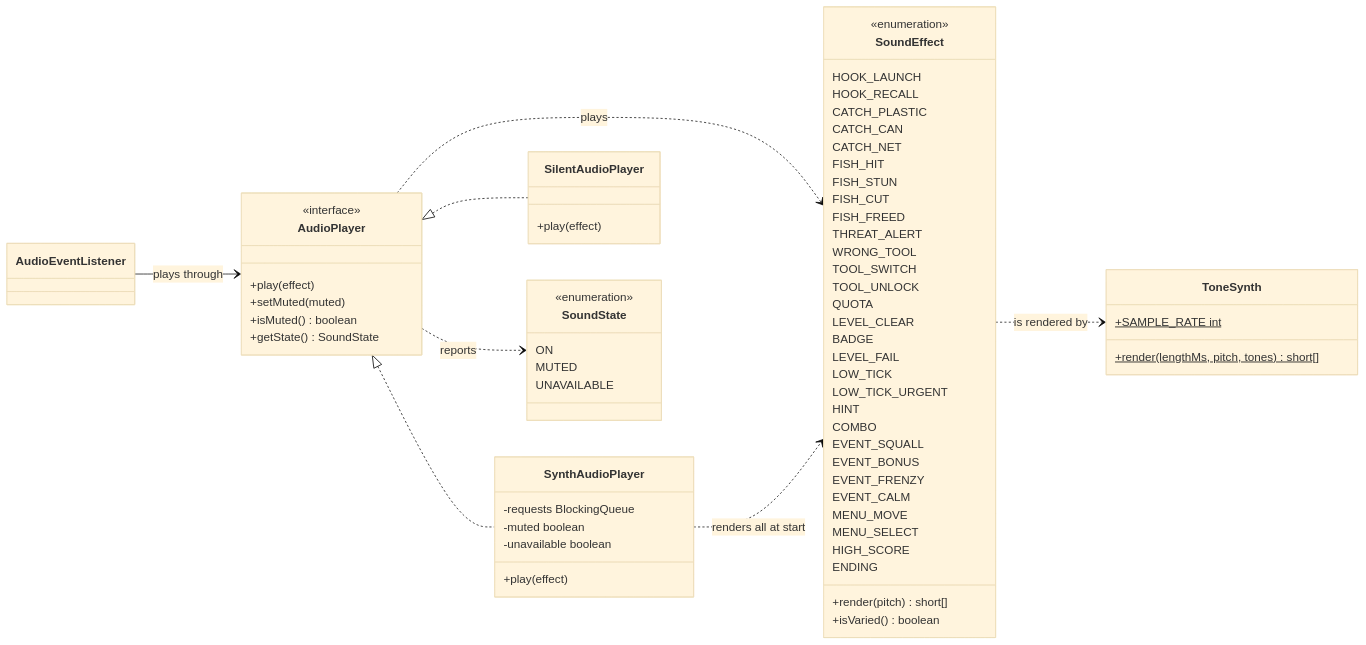
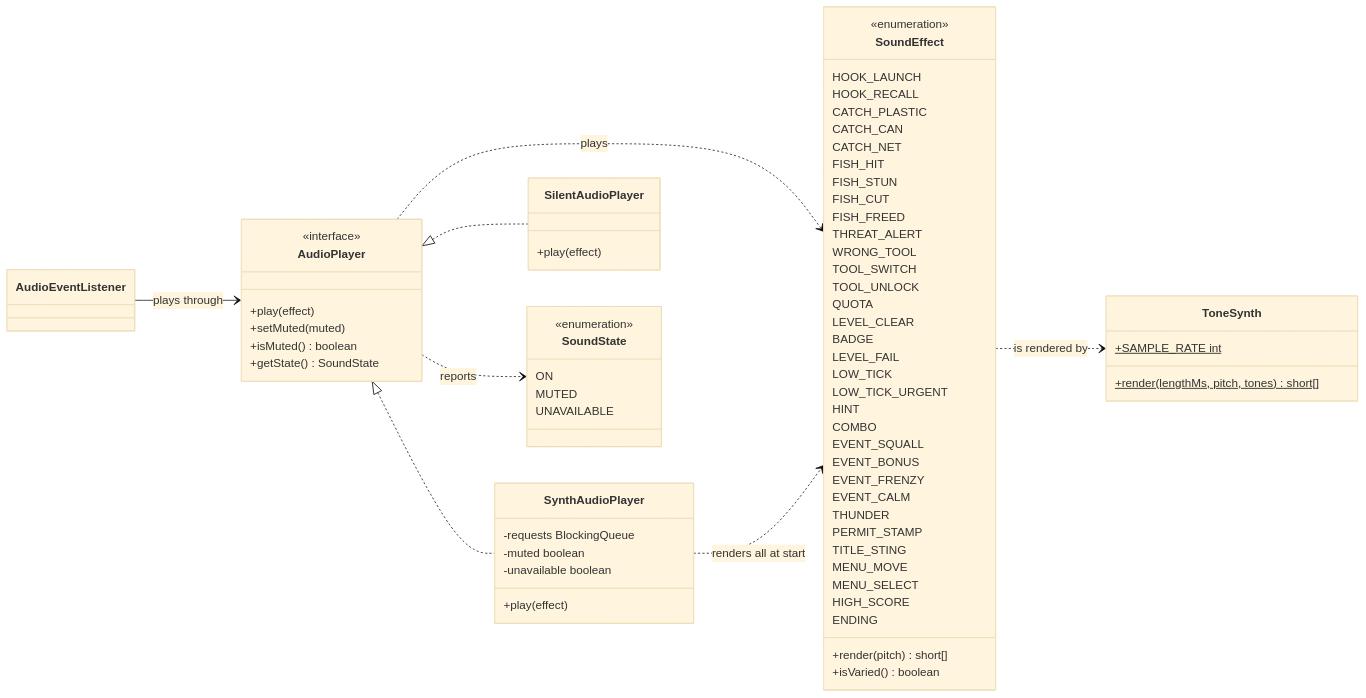
The sixth of 7 diagrams in docs/class-diagram.md (NJJAV33/Fish2trash), drawn with Mermaid (base theme) before and after one commit. The commit also changed other lines of this file and 14 other files, not shown here.

```diff
--- a/docs/class-diagram.md
+++ b/docs/class-diagram.md
@@ -1017,6 +1071,9 @@
         EVENT_BONUS
         EVENT_FRENZY
         EVENT_CALM
+        THUNDER
+        PERMIT_STAMP
+        TITLE_STING
         MENU_MOVE
         MENU_SELECT
         HIGH_SCORE
```
